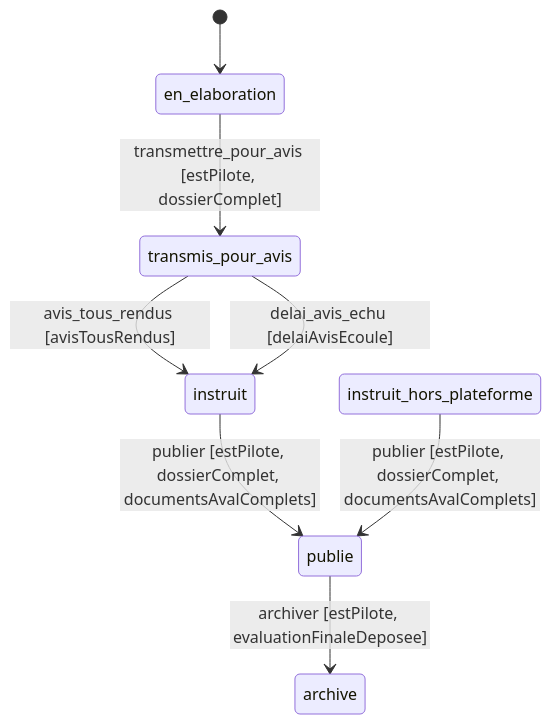
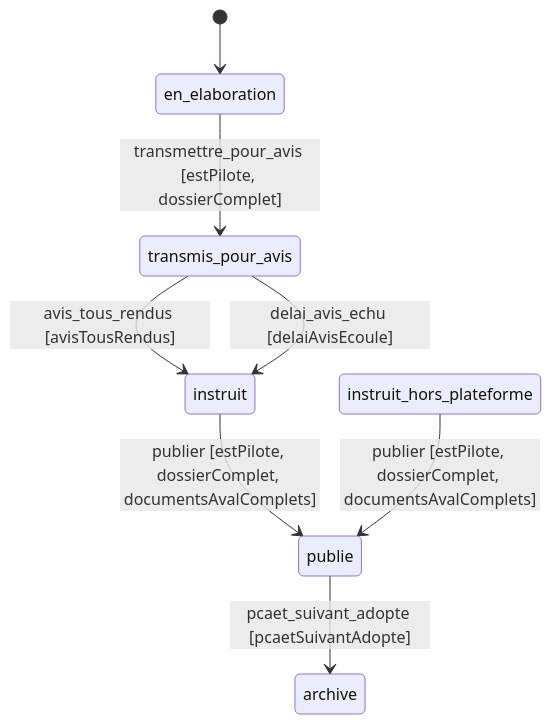
One commit to incubateur-ademe/territoires-en-transitions changed the diagram in doc/adr/0020-modeliser-un-cycle-de-vie.md. Above: the diagram before and after it, drawn with Mermaid. The commit also changed other lines of this file and 23 other files, not shown here.

Commit message:
feat(demarches): archive le PCAET précédent à l'adoption du suivant

````diff
--- a/doc/adr/0020-modeliser-un-cycle-de-vie.md
+++ b/doc/adr/0020-modeliser-un-cycle-de-vie.md
@@ -392,10 +392,10 @@
 ```mermaid
 stateDiagram-v2
   [*] --> en_elaboration
   en_elaboration --> transmis_pour_avis : transmettre_pour_avis [estPilote, dossierComplet]
   transmis_pour_avis --> instruit : avis_tous_rendus [avisTousRendus]
   transmis_pour_avis --> instruit : delai_avis_echu [delaiAvisEcoule]
   instruit --> publie : publier [estPilote, dossierComplet, documentsAvalComplets]
   instruit_hors_plateforme --> publie : publier [estPilote, dossierComplet, documentsAvalComplets]
-  publie --> archive : archiver [estPilote, evaluationFinaleDeposee]
+  publie --> archive : pcaet_suivant_adopte [pcaetSuivantAdopte]
 ```
````
